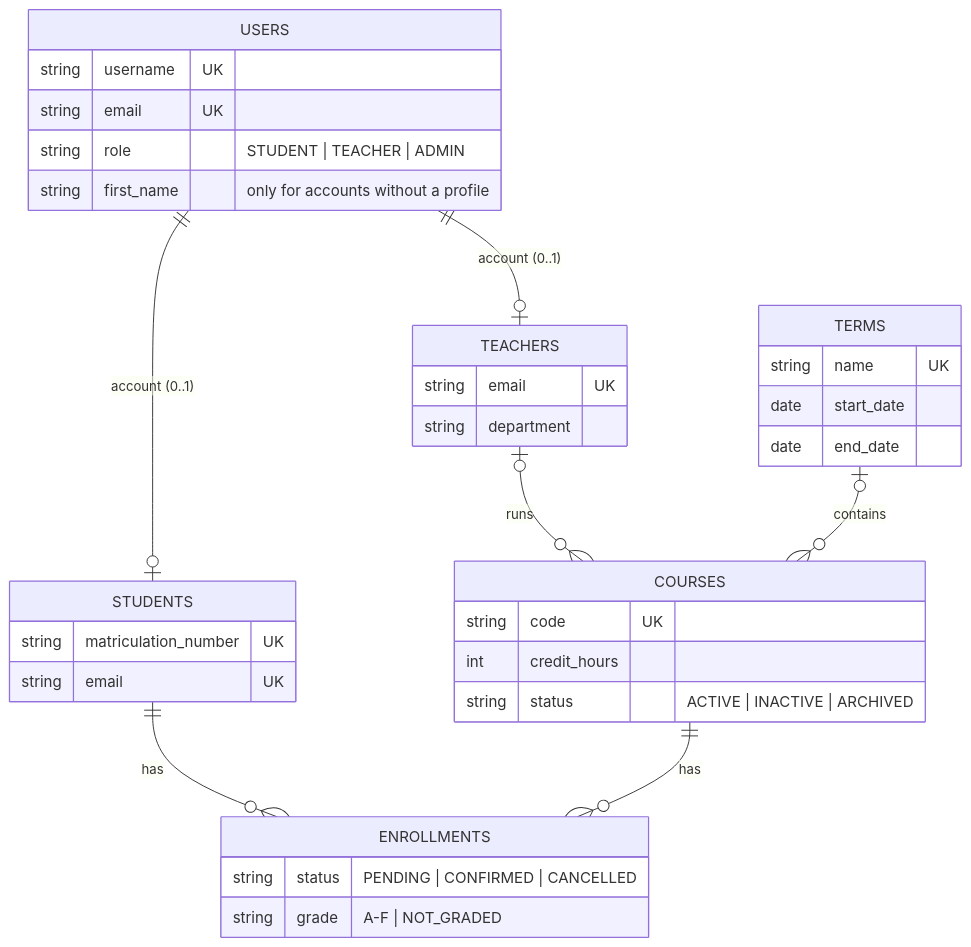
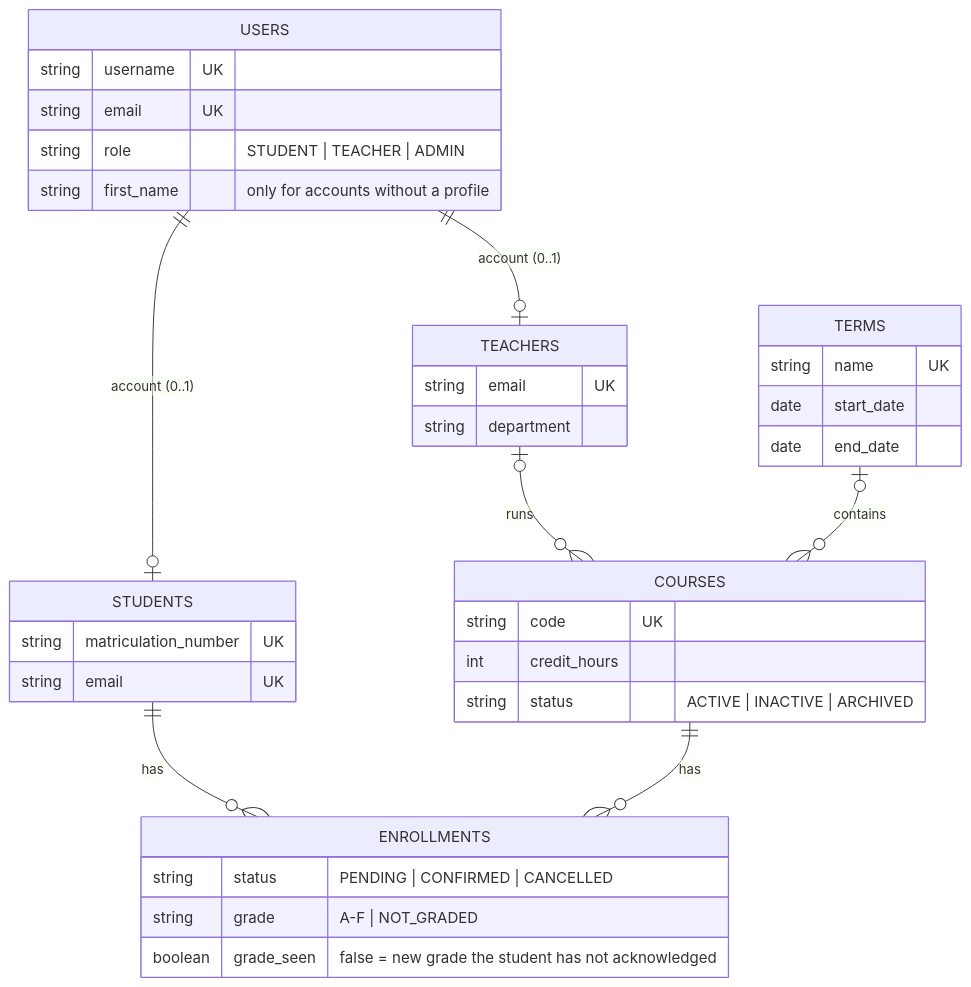
One commit to Rodolphe27/student-manager changed the second of 3 diagrams in docs/ARCHITECTURE.md. Above: the diagram before and after it, drawn with Mermaid. The commit also changed other lines of this file and 19 other files, not shown here.

````diff
--- a/docs/ARCHITECTURE.md
+++ b/docs/ARCHITECTURE.md
@@ -24,26 +24,27 @@
 ```mermaid
 erDiagram
     USERS ||--o| STUDENTS : "account (0..1)"
     USERS ||--o| TEACHERS : "account (0..1)"
     TEACHERS |o--o{ COURSES : "runs"
     TERMS |o--o{ COURSES : "contains"
     STUDENTS ||--o{ ENROLLMENTS : "has"
     COURSES ||--o{ ENROLLMENTS : "has"
 
     USERS { string username UK
             string email UK
             string role "STUDENT | TEACHER | ADMIN"
             string first_name "only for accounts without a profile" }
     STUDENTS { string matriculation_number UK
                string email UK }
     TEACHERS { string email UK
                string department }
     TERMS { string name UK
             date start_date
             date end_date }
     COURSES { string code UK
               int credit_hours
               string status "ACTIVE | INACTIVE | ARCHIVED" }
     ENROLLMENTS { string status "PENDING | CONFIRMED | CANCELLED"
-                  string grade "A-F | NOT_GRADED" }
+                  string grade "A-F | NOT_GRADED"
+                  boolean grade_seen "false = new grade the student has not acknowledged" }
 ```
````
